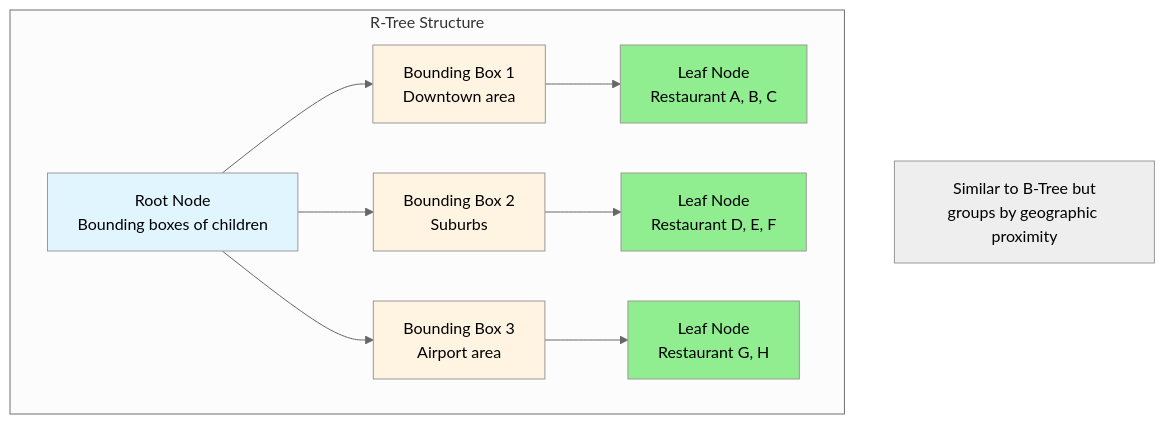
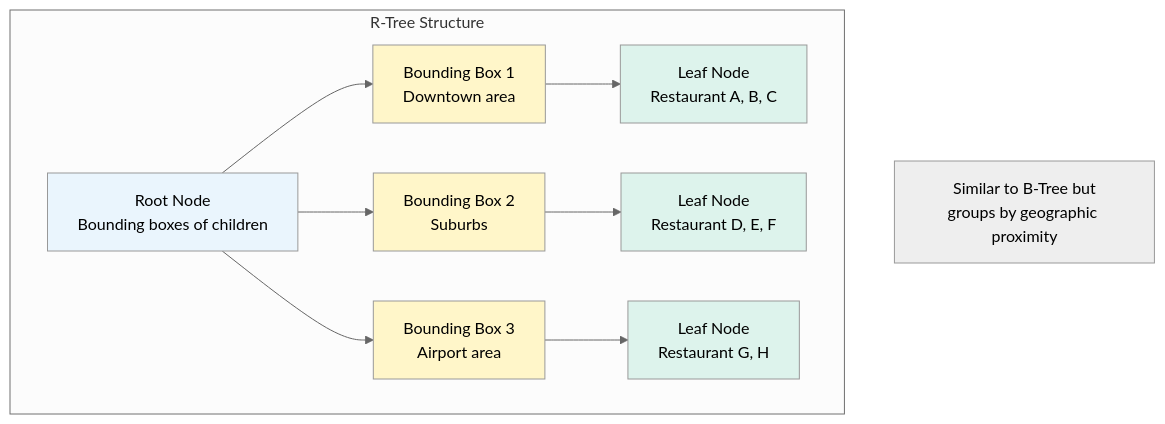
Before and after one commit to cartmancodes/InterviewVault: diagram 21 of 34 in LLD/CoreConcepts/DataIndexing.md, drawn with Mermaid (neutral theme). The commit also changed other lines of this file and 679 other files, not shown here.

Commit message:
Unify content diagrams and add accessible visual walkthroughs

````diff
--- a/LLD/CoreConcepts/DataIndexing.md
+++ b/LLD/CoreConcepts/DataIndexing.md
@@ -724,24 +724,24 @@
 ```mermaid
 graph TB
     subgraph "R-Tree Structure"
         ROOT_R[Root Node<br/>Bounding boxes of children]
         
         ROOT_R --> BB1[Bounding Box 1<br/>Downtown area]
         ROOT_R --> BB2[Bounding Box 2<br/>Suburbs]
         ROOT_R --> BB3[Bounding Box 3<br/>Airport area]
         
         BB1 --> LEAF1[Leaf Node<br/>Restaurant A, B, C]
         BB2 --> LEAF2[Leaf Node<br/>Restaurant D, E, F]
         BB3 --> LEAF3[Leaf Node<br/>Restaurant G, H]
     end
     
     NOTE_R[Similar to B-Tree but<br/>groups by geographic proximity]
     
-    style ROOT_R fill:#e1f5ff
-    style BB1 fill:#fff4e1
-    style BB2 fill:#fff4e1
-    style BB3 fill:#fff4e1
-    style LEAF1 fill:#90EE90
-    style LEAF2 fill:#90EE90
-    style LEAF3 fill:#90EE90
+    style ROOT_R fill:#EAF5FD
+    style BB1 fill:#FFF6C9
+    style BB2 fill:#FFF6C9
+    style BB3 fill:#FFF6C9
+    style LEAF1 fill:#DDF3EC
+    style LEAF2 fill:#DDF3EC
+    style LEAF3 fill:#DDF3EC
 ```
````
